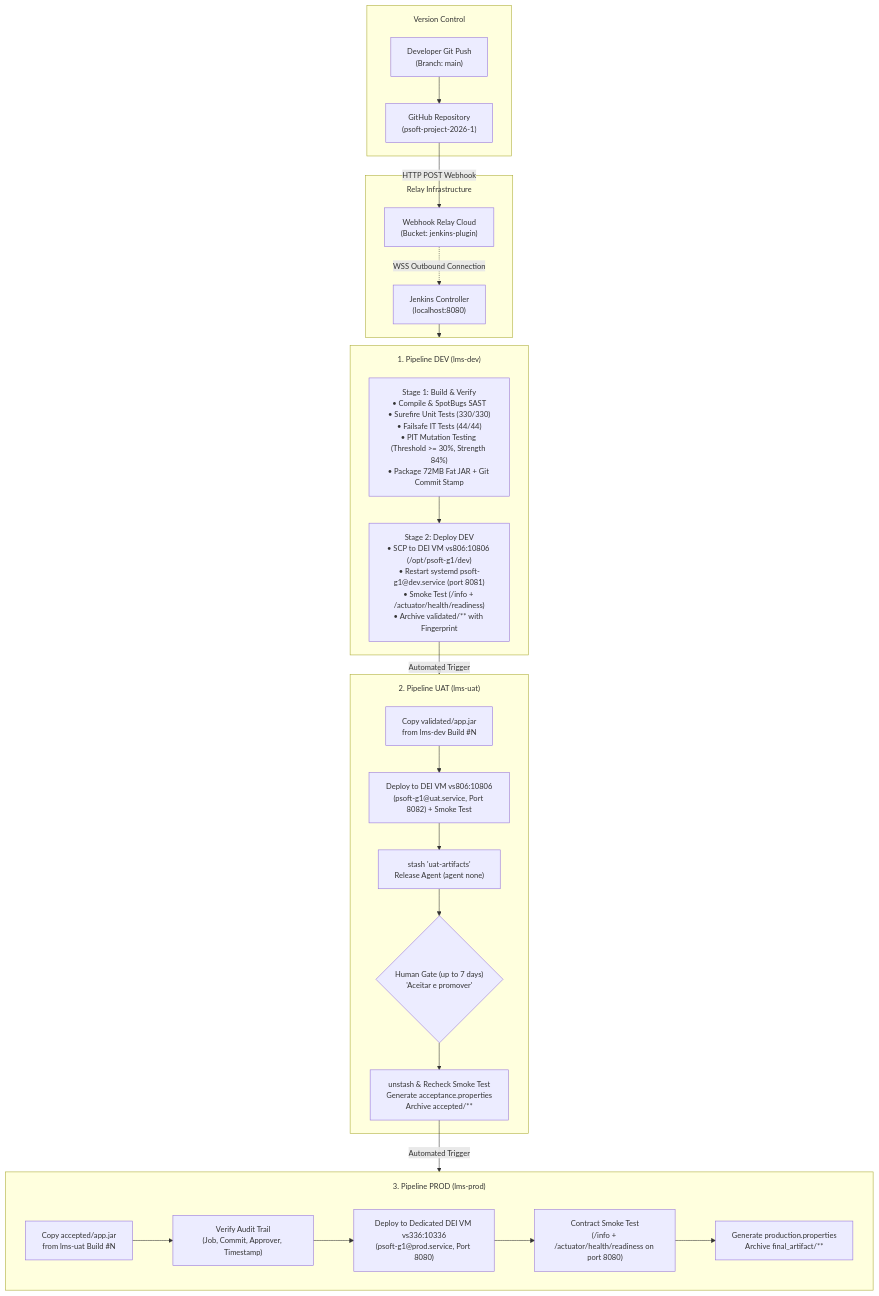
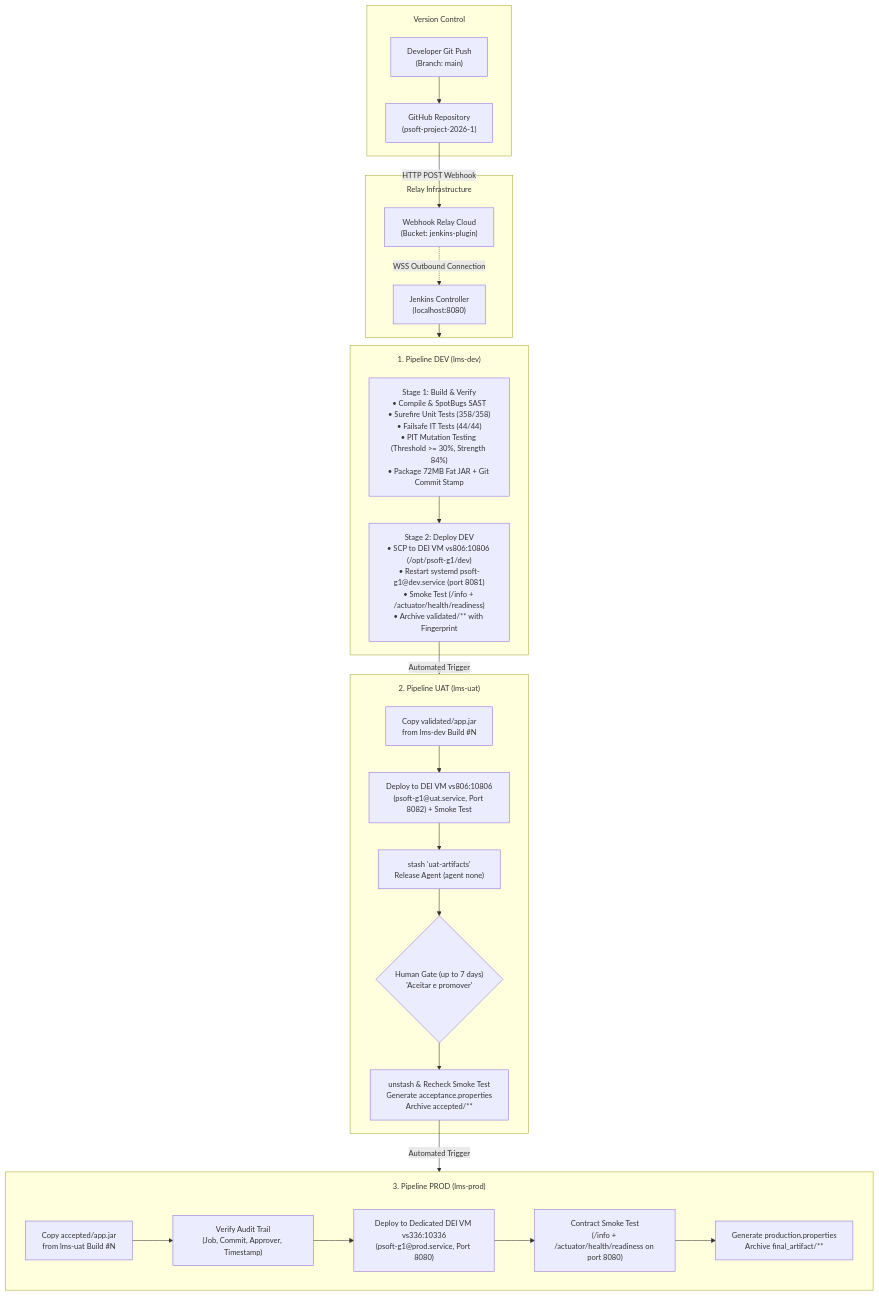
Before and after one commit to RafaelBrandao04/psoft-project-2026-1: the diagram in Docs/ODSOFT/system-to-be/system-to-be.md, drawn with Mermaid. The commit also changed other lines of this file and 7 other files, not shown here.

````diff
--- a/Docs/ODSOFT/system-to-be/system-to-be.md
+++ b/Docs/ODSOFT/system-to-be/system-to-be.md
@@ -24,42 +24,42 @@
 ```mermaid
 %%{init: {'themeVariables': { 'fontSize': '14px' }, 'flowchart': { 'subGraphTitleMargin': { 'top': 15, 'bottom': 20 } } } }%%
 flowchart TD
     subgraph SCM["Version Control"]
         DEV_PUSH["Developer Git Push<br/>(Branch: main)"] --> GITHUB["GitHub Repository<br/>(psoft-project-2026-1)"]
     end
 
     subgraph Tunnel["Relay Infrastructure"]
         GITHUB -->|HTTP POST Webhook| WHR["Webhook Relay Cloud<br/>(Bucket: jenkins-plugin)"]
         WHR -.->|WSS Outbound Connection| LOCAL_JENKINS["Jenkins Controller<br/>(localhost:8080)"]
     end
 
     subgraph JobDEV["1. Pipeline DEV (lms-dev)"]
-        STAGE_BUILD["Stage 1: Build & Verify<br/>• Compile & SpotBugs SAST<br/>• Surefire Unit Tests (330/330)<br/>• Failsafe IT Tests (44/44)<br/>• PIT Mutation Testing (Threshold >= 30%, Strength 84%)<br/>• Package 72MB Fat JAR + Git Commit Stamp"]
+        STAGE_BUILD["Stage 1: Build & Verify<br/>• Compile & SpotBugs SAST<br/>• Surefire Unit Tests (358/358)<br/>• Failsafe IT Tests (44/44)<br/>• PIT Mutation Testing (Threshold >= 30%, Strength 84%)<br/>• Package 72MB Fat JAR + Git Commit Stamp"]
         STAGE_DEV_DEPLOY["Stage 2: Deploy DEV<br/>• SCP to DEI VM vs806:10806 (/opt/psoft-g1/dev)<br/>• Restart systemd psoft-g1@dev.service (port 8081)<br/>• Smoke Test (/info + /actuator/health/readiness)<br/>• Archive validated/** with Fingerprint"]
         STAGE_BUILD --> STAGE_DEV_DEPLOY
     end
 
     subgraph JobUAT["2. Pipeline UAT (lms-uat)"]
         UAT_COPY["Copy validated/app.jar<br/>from lms-dev Build #N"]
         UAT_DEPLOY["Deploy to DEI VM vs806:10806<br/>(psoft-g1@uat.service, Port 8082) + Smoke Test"]
         UAT_STASH["stash 'uat-artifacts'<br/>Release Agent (agent none)"]
         UAT_INPUT{"Human Gate (up to 7 days)<br/>'Aceitar e promover'"}
         UAT_UNSTASH["unstash & Recheck Smoke Test<br/>Generate acceptance.properties<br/>Archive accepted/**"]
 
         UAT_COPY --> UAT_DEPLOY --> UAT_STASH --> UAT_INPUT --> UAT_UNSTASH
     end
 
     subgraph JobPROD["3. Pipeline PROD (lms-prod)"]
         PROD_COPY["Copy accepted/app.jar<br/>from lms-uat Build #N"]
         PROD_AUDIT["Verify Audit Trail<br/>(Job, Commit, Approver, Timestamp)"]
         PROD_DEPLOY["Deploy to Dedicated DEI VM vs336:10336<br/>(psoft-g1@prod.service, Port 8080)"]
         PROD_SMOKE["Contract Smoke Test<br/>(/info + /actuator/health/readiness on port 8080)"]
         PROD_FINAL["Generate production.properties<br/>Archive final_artifact/**"]
 
         PROD_COPY --> PROD_AUDIT --> PROD_DEPLOY --> PROD_SMOKE --> PROD_FINAL
     end
 
     LOCAL_JENKINS --> JobDEV
     STAGE_DEV_DEPLOY -->|Automated Trigger| JobUAT
     UAT_UNSTASH -->|Automated Trigger| JobPROD
 ```
````
